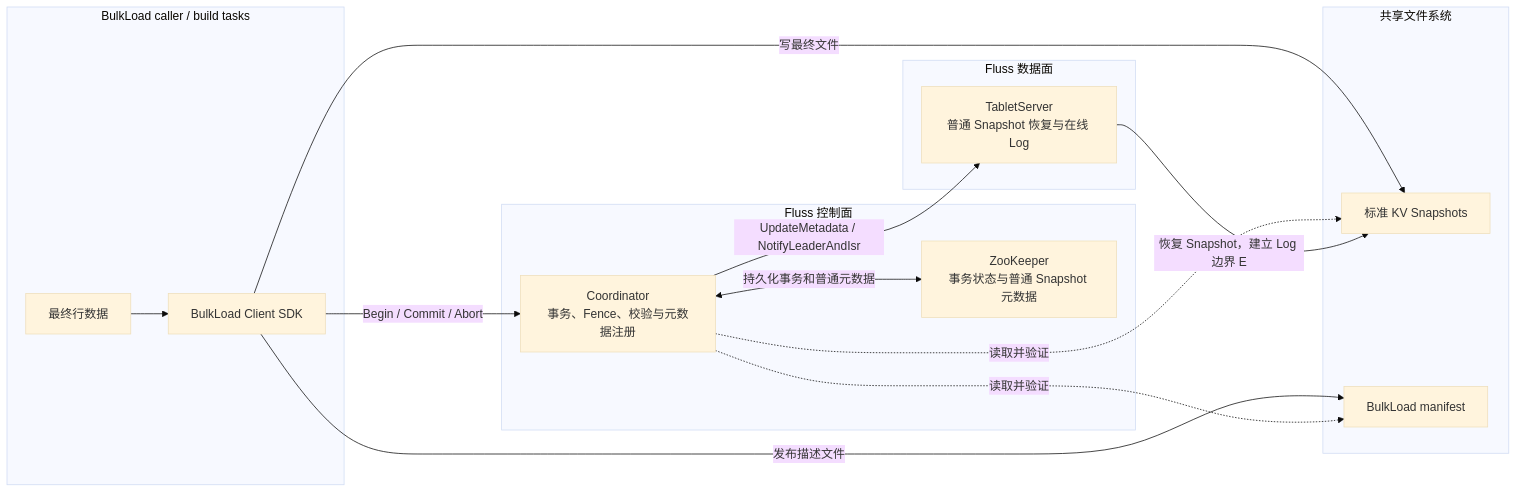
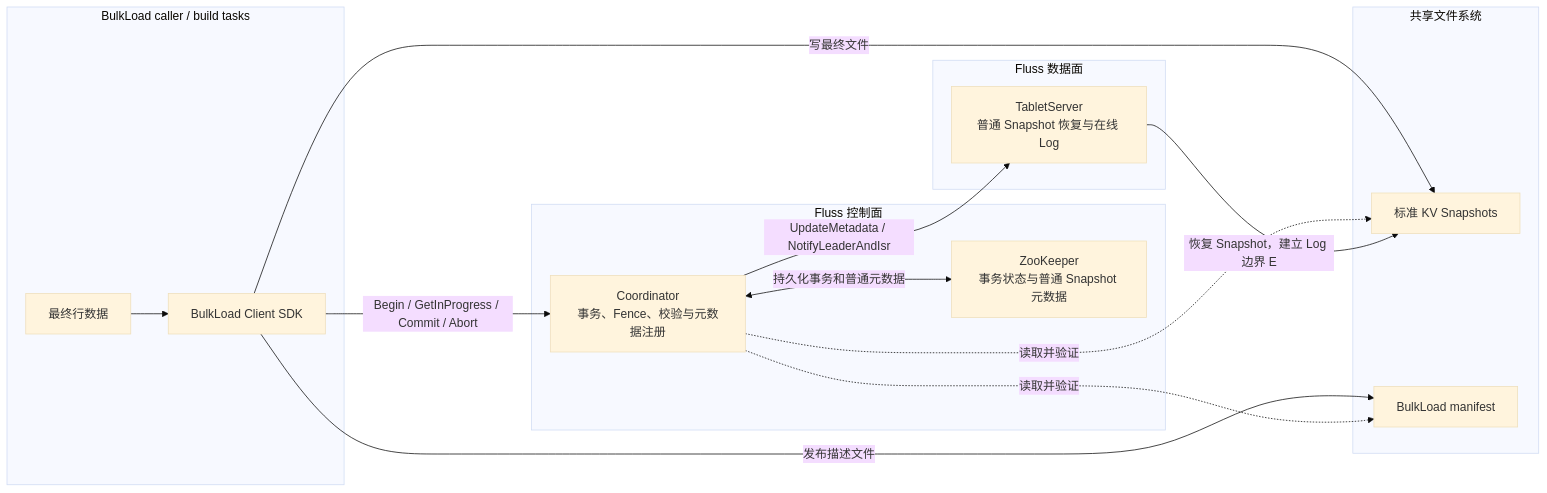
Before and after one commit to platinumhamburg/fluss: the first of 4 diagrams in docs/design/primary-key-table-bulk-load-design.md, drawn with Mermaid (base theme). The commit also changed other lines of this file and 38 other files, not shown here.

````diff
--- a/docs/design/primary-key-table-bulk-load-design.md
+++ b/docs/design/primary-key-table-bulk-load-design.md
@@ -37,31 +37,31 @@
 ```mermaid
 flowchart LR
     subgraph Caller[BulkLoad caller / build tasks]
         Input[最终行数据]
         SDK[BulkLoad Client SDK]
         Input --> SDK
     end
 
     subgraph Storage[共享文件系统]
         Snapshots[标准 KV Snapshots]
         Manifest[BulkLoad manifest]
     end
 
     subgraph Control[Fluss 控制面]
         Coordinator[Coordinator<br/>事务、Fence、校验与元数据注册]
         ZK[ZooKeeper<br/>事务状态与普通 Snapshot 元数据]
     end
 
     subgraph Serving[Fluss 数据面]
         TS[TabletServer<br/>普通 Snapshot 恢复与在线 Log]
     end
 
     SDK -->|写最终文件| Snapshots
     SDK -->|发布描述文件| Manifest
-    SDK -->|Begin / Commit / Abort| Coordinator
+    SDK -->|Begin / GetInProgress / Commit / Abort| Coordinator
     Coordinator -.->|读取并验证| Manifest
     Coordinator -.->|读取并验证| Snapshots
     Coordinator <-->|持久化事务和普通元数据| ZK
     Coordinator -->|UpdateMetadata / NotifyLeaderAndIsr| TS
     TS -->|恢复 Snapshot，建立 Log 边界 E| Snapshots
 ```
````
